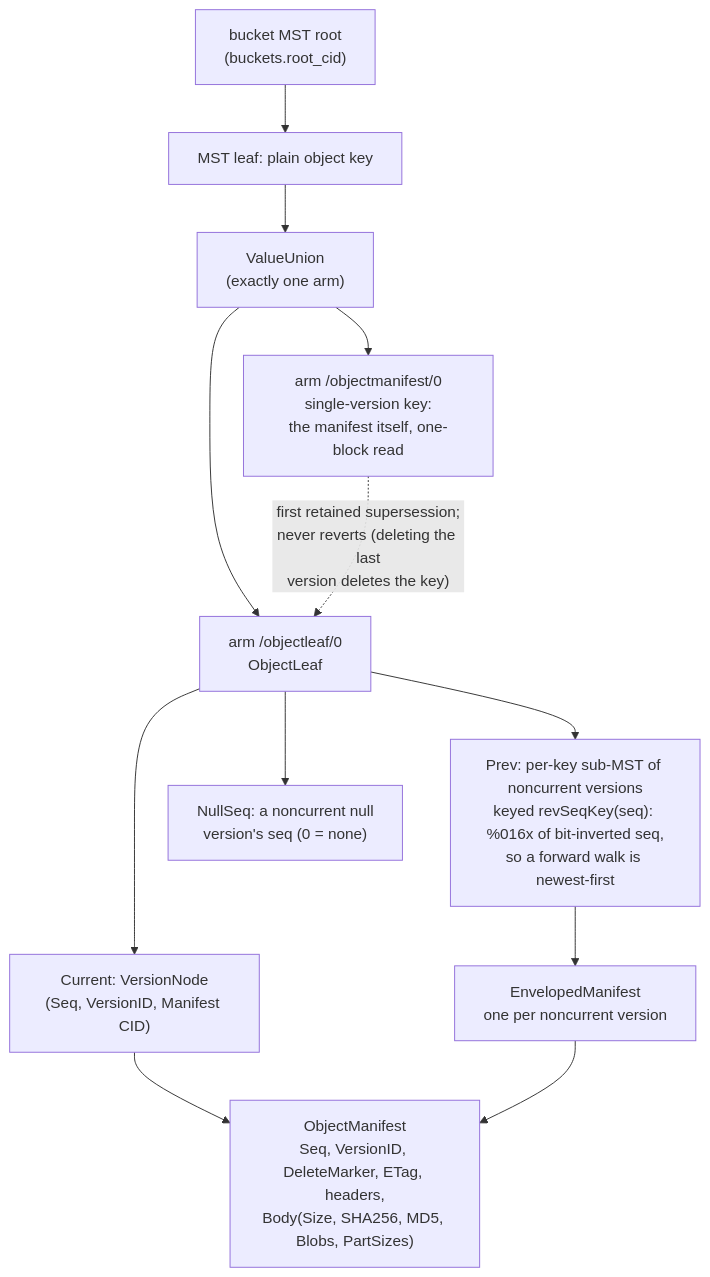
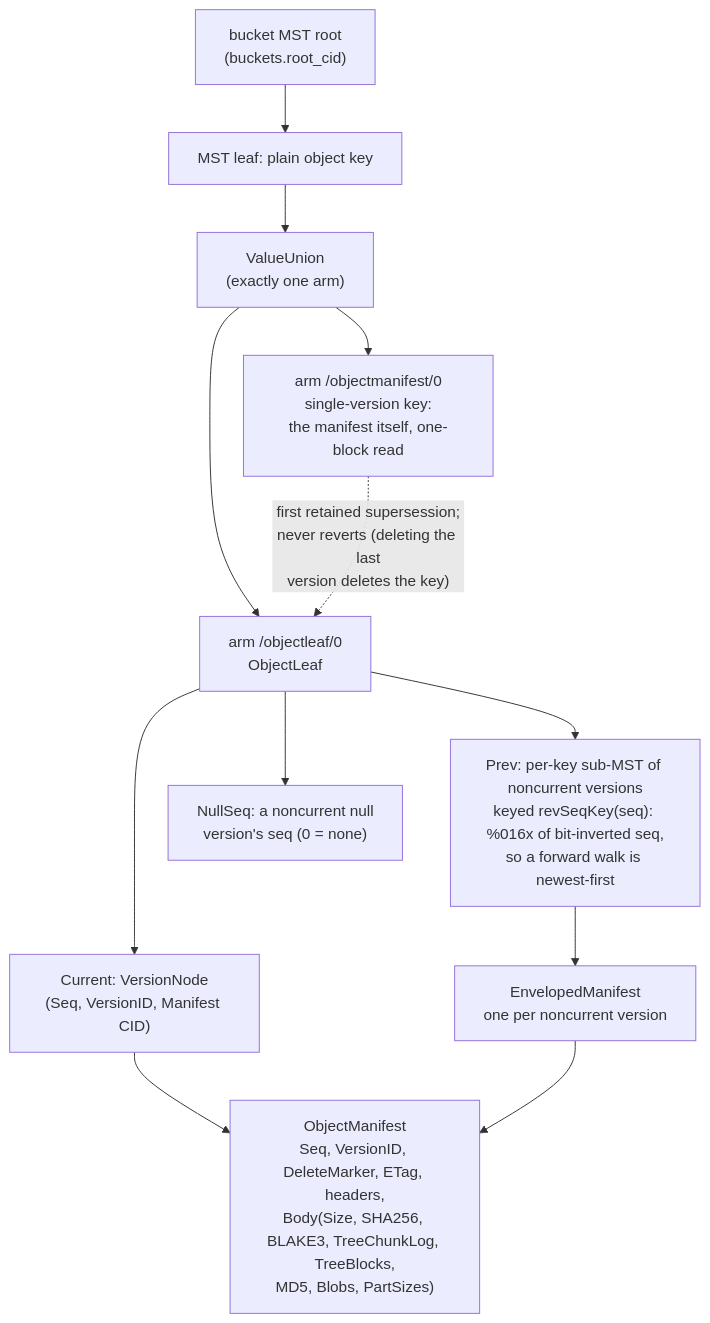
Before and after one commit to fil-forge/ingot: the ninth of 14 diagrams in docs/diagrams.md, drawn with Mermaid. The commit also changed other lines of this file and 35 other files, not shown here.

First line of the commit message:
feat: BLAKE3 object digest (#225)

````diff
--- a/docs/diagrams.md
+++ b/docs/diagrams.md
@@ -687,24 +687,24 @@
 ```mermaid
 flowchart TB
     root["bucket MST root<br/>(buckets.root_cid)"]
     leafk["MST leaf: plain object key"]
     union["ValueUnion<br/>(exactly one arm)"]
     mans["arm /objectmanifest/0<br/>single-version key:<br/>the manifest itself, one-block read"]
     leaf["arm /objectleaf/0<br/>ObjectLeaf"]
     cur["Current: VersionNode<br/>(Seq, VersionID, Manifest CID)"]
     prev["Prev: per-key sub-MST of noncurrent versions<br/>keyed revSeqKey(seq): %016x of bit-inverted seq,<br/>so a forward walk is newest-first"]
     nulls["NullSeq: a noncurrent null<br/>version's seq (0 = none)"]
     em["EnvelopedManifest<br/>one per noncurrent version"]
-    mf["ObjectManifest<br/>Seq, VersionID, DeleteMarker, ETag, headers,<br/>Body(Size, SHA256, MD5, Blobs, PartSizes)"]
+    mf["ObjectManifest<br/>Seq, VersionID, DeleteMarker, ETag, headers,<br/>Body(Size, SHA256, BLAKE3, TreeChunkLog, TreeBlocks,<br/>MD5, Blobs, PartSizes)"]
 
     root --> leafk --> union
     union --> mans
     union --> leaf
     mans -.->|"first retained supersession;<br/>never reverts (deleting the last<br/>version deletes the key)"| leaf
     leaf --> cur
     leaf --> prev
     leaf --> nulls
     prev --> em
     cur --> mf
     em --> mf
 ```
````
